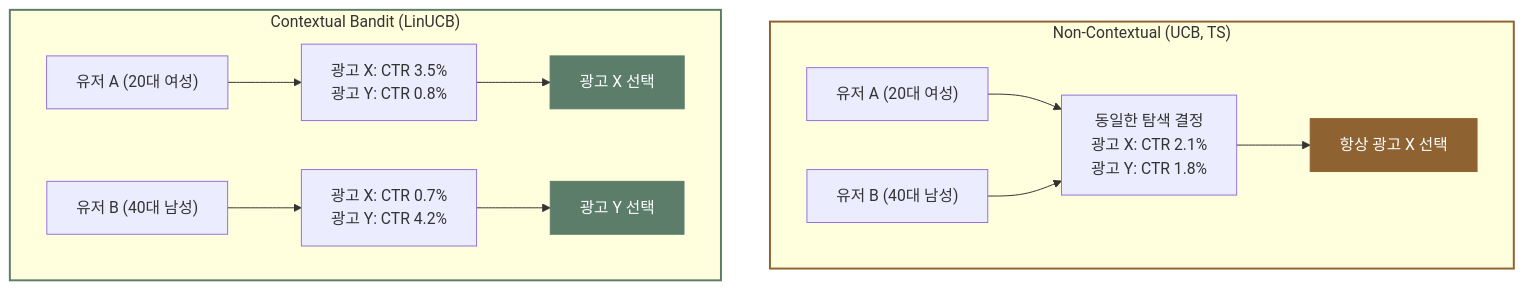
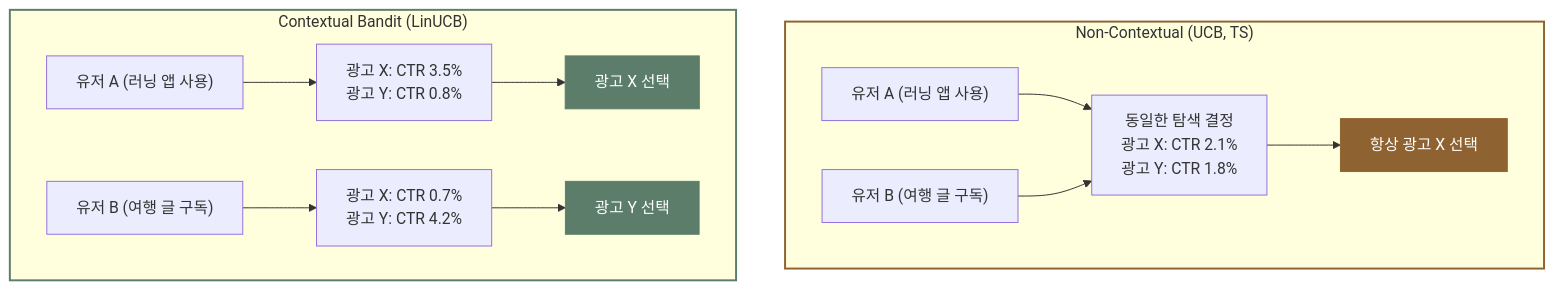
The first of 5 diagrams in posts/exploration-exploitation.md (chkimsu/adtech-blog), drawn with Mermaid before and after one commit. The commit also changed other lines of this file and 8 other files, not shown here.

````diff
--- a/posts/exploration-exploitation.md
+++ b/posts/exploration-exploitation.md
@@ -162,21 +157,21 @@
 ```mermaid
 graph TB
     subgraph NonContextual["Non-Contextual (UCB, TS)"]
-        NC_USER1["유저 A (20대 여성)"] --> NC_DECIDE["동일한 탐색 결정<br/>광고 X: CTR 2.1%<br/>광고 Y: CTR 1.8%"]
-        NC_USER2["유저 B (40대 남성)"] --> NC_DECIDE
+        NC_USER1["유저 A (러닝 앱 사용)"] --> NC_DECIDE["동일한 탐색 결정<br/>광고 X: CTR 2.1%<br/>광고 Y: CTR 1.8%"]
+        NC_USER2["유저 B (여행 글 구독)"] --> NC_DECIDE
         NC_DECIDE --> NC_RESULT["항상 광고 X 선택"]
     end
 
     subgraph Contextual["Contextual Bandit (LinUCB)"]
-        C_USER1["유저 A (20대 여성)"] --> C_DECIDE1["광고 X: CTR 3.5%<br/>광고 Y: CTR 0.8%"]
-        C_USER2["유저 B (40대 남성)"] --> C_DECIDE2["광고 X: CTR 0.7%<br/>광고 Y: CTR 4.2%"]
+        C_USER1["유저 A (러닝 앱 사용)"] --> C_DECIDE1["광고 X: CTR 3.5%<br/>광고 Y: CTR 0.8%"]
+        C_USER2["유저 B (여행 글 구독)"] --> C_DECIDE2["광고 X: CTR 0.7%<br/>광고 Y: CTR 4.2%"]
         C_DECIDE1 --> C_RESULT1["광고 X 선택"]
         C_DECIDE2 --> C_RESULT2["광고 Y 선택"]
     end
 
     style NonContextual stroke:#8f6231,stroke-width:2px
     style Contextual stroke:#5b7d6a,stroke-width:2px
     style NC_RESULT fill:#8f6231,stroke:#8f6231,color:#fff
     style C_RESULT1 fill:#5b7d6a,stroke:#5b7d6a,color:#fff
     style C_RESULT2 fill:#5b7d6a,stroke:#5b7d6a,color:#fff
 ```
````
